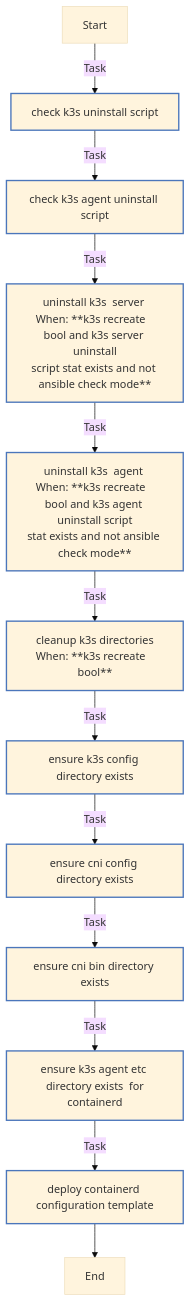
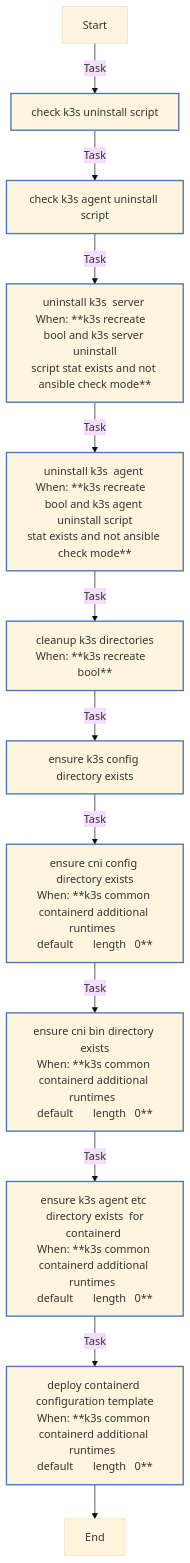
One commit to rou-cru/k3s-homelab changed the diagram in roles/k3s_common/README.md. Above: the diagram before and after it, drawn with Mermaid (base theme). The commit also changed other lines of this file and 23 other files, not shown here.

````diff
--- a/roles/k3s_common/README.md
+++ b/roles/k3s_common/README.md
@@ -85,24 +85,24 @@
 ```mermaid
 flowchart TD
 Start
 classDef block stroke:#3498db,stroke-width:2px;
 classDef task stroke:#4b76bb,stroke-width:2px;
 classDef includeTasks stroke:#16a085,stroke-width:2px;
 classDef importTasks stroke:#34495e,stroke-width:2px;
 classDef includeRole stroke:#2980b9,stroke-width:2px;
 classDef importRole stroke:#699ba7,stroke-width:2px;
 classDef includeVars stroke:#8e44ad,stroke-width:2px;
 classDef rescue stroke:#665352,stroke-width:2px;
 
   Start-->|Task| Check_K3s_uninstall_script0[check k3s uninstall script]:::task
   Check_K3s_uninstall_script0-->|Task| Check_K3s_agent_uninstall_script1[check k3s agent uninstall script]:::task
   Check_K3s_agent_uninstall_script1-->|Task| Uninstall_K3s__Server_2[uninstall k3s  server <br>When: **k3s recreate   bool and k3s server uninstall<br>script stat exists and not ansible check mode**]:::task
   Uninstall_K3s__Server_2-->|Task| Uninstall_K3s__Agent_3[uninstall k3s  agent <br>When: **k3s recreate   bool and k3s agent uninstall script<br>stat exists and not ansible check mode**]:::task
   Uninstall_K3s__Agent_3-->|Task| Cleanup_K3s_directories4[cleanup k3s directories<br>When: **k3s recreate   bool**]:::task
   Cleanup_K3s_directories4-->|Task| Ensure_K3s_config_directory_exists5[ensure k3s config directory exists]:::task
-  Ensure_K3s_config_directory_exists5-->|Task| Ensure_CNI_config_directory_exists6[ensure cni config directory exists]:::task
-  Ensure_CNI_config_directory_exists6-->|Task| Ensure_CNI_bin_directory_exists7[ensure cni bin directory exists]:::task
-  Ensure_CNI_bin_directory_exists7-->|Task| Ensure_K3s_agent_etc_directory_exists__for_containerd_8[ensure k3s agent etc directory exists  for<br>containerd ]:::task
-  Ensure_K3s_agent_etc_directory_exists__for_containerd_8-->|Task| Deploy_containerd_configuration_template9[deploy containerd configuration template]:::task
+  Ensure_K3s_config_directory_exists5-->|Task| Ensure_CNI_config_directory_exists6[ensure cni config directory exists<br>When: **k3s common containerd additional runtimes  <br>default       length   0**]:::task
+  Ensure_CNI_config_directory_exists6-->|Task| Ensure_CNI_bin_directory_exists7[ensure cni bin directory exists<br>When: **k3s common containerd additional runtimes  <br>default       length   0**]:::task
+  Ensure_CNI_bin_directory_exists7-->|Task| Ensure_K3s_agent_etc_directory_exists__for_containerd_8[ensure k3s agent etc directory exists  for<br>containerd <br>When: **k3s common containerd additional runtimes  <br>default       length   0**]:::task
+  Ensure_K3s_agent_etc_directory_exists__for_containerd_8-->|Task| Deploy_containerd_configuration_template9[deploy containerd configuration template<br>When: **k3s common containerd additional runtimes  <br>default       length   0**]:::task
   Deploy_containerd_configuration_template9-->End
 ```
````
